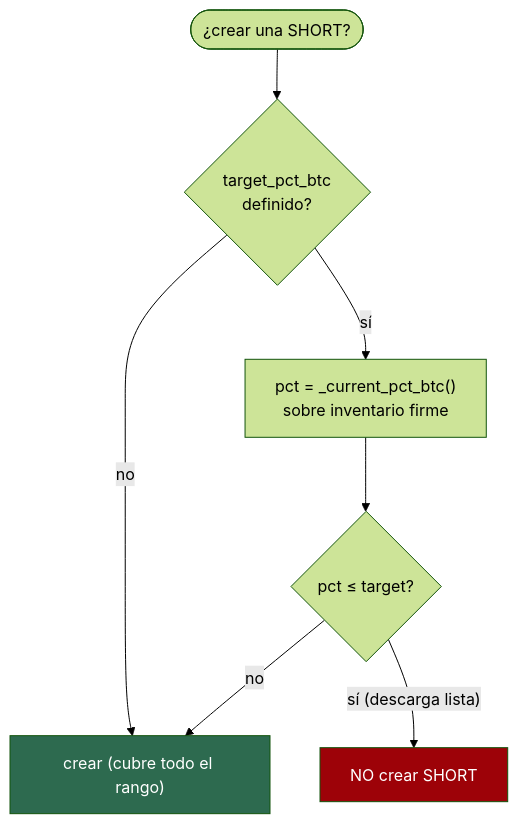
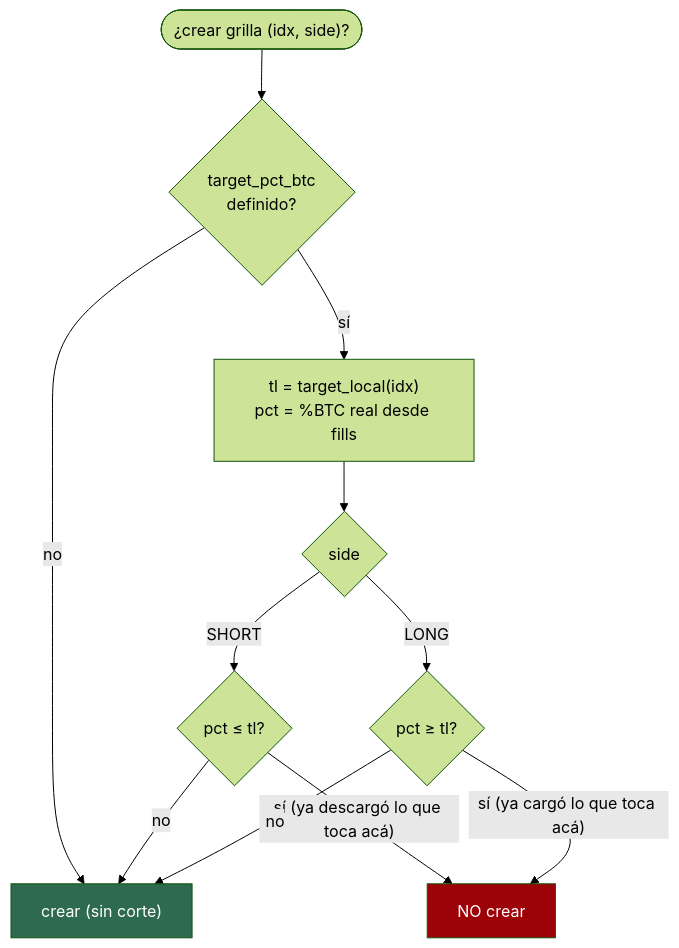
Before and after one commit to tomasgaudino/hummingbot: the seventh of 8 diagrams in docs/CONTROLLER.md, drawn with Mermaid (forest theme). The commit also changed other lines of this file and 5 other files, not shown here.

````diff
--- a/docs/CONTROLLER.md
+++ b/docs/CONTROLLER.md
@@ -228,11 +282,15 @@
 ```mermaid
 flowchart TD
-    short(["¿crear una SHORT?"]) --> has{target_pct_btc<br/>definido?}
-    has -- no --> ok["crear (cubre todo el rango)"]:::ok
-    has -- sí --> pct["pct = _current_pct_btc()<br/>sobre inventario firme"]
-    pct --> cmp{pct ≤ target?}
-    cmp -- "sí (descarga lista)" --> block["NO crear SHORT"]:::block
-    cmp -- no --> ok
+    create(["¿crear grilla (idx, side)?"]) --> has{target_pct_btc<br/>definido?}
+    has -- no --> ok["crear (sin corte)"]:::ok
+    has -- sí --> tl["tl = target_local(idx)<br/>pct = %BTC real desde fills"]
+    tl --> side{side}
+    side -- SHORT --> s{pct ≤ tl?}
+    side -- LONG --> l{pct ≥ tl?}
+    s -- "sí (ya descargó lo que toca acá)" --> block["NO crear"]:::block
+    s -- no --> ok
+    l -- "sí (ya cargó lo que toca acá)" --> block
+    l -- no --> ok
     classDef ok fill:#2d6a4f,color:#fff
     classDef block fill:#9d0208,color:#fff
 ```
````
